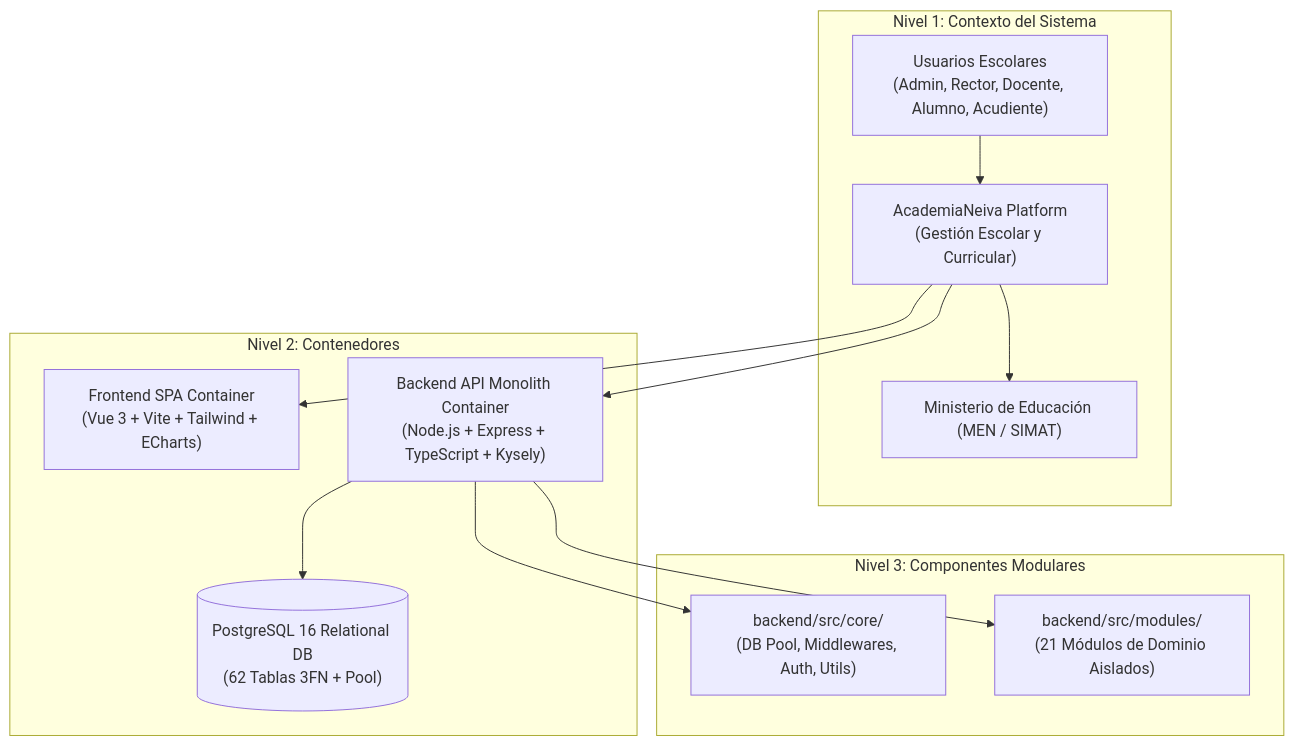
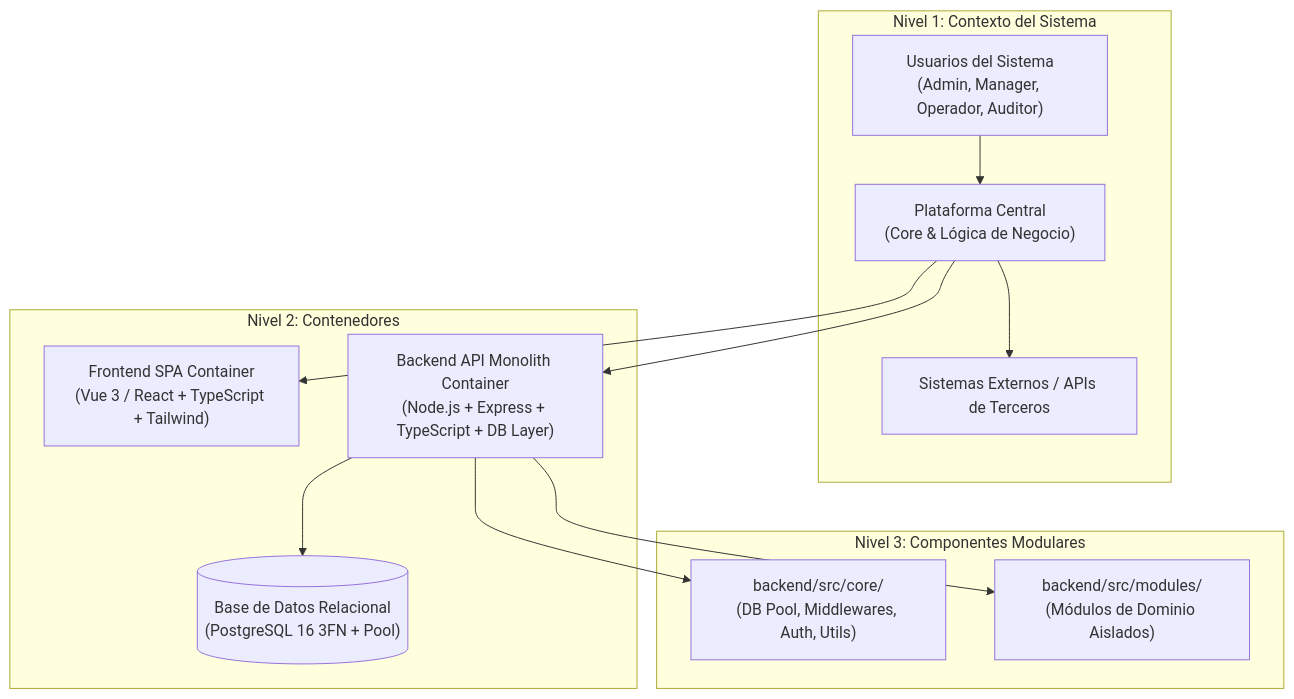
Before and after one commit to DanExl24/multiagent-sdlc-starter: the diagram in multiAgents/02_software_architect/subroles/01_system_modular_topologist.md, drawn with Mermaid. The commit also changed other lines of this file and 35 other files, not shown here.

````diff
--- a/multiAgents/02_software_architect/subroles/01_system_modular_topologist.md
+++ b/multiAgents/02_software_architect/subroles/01_system_modular_topologist.md
@@ -28,18 +28,18 @@
 ```mermaid
 graph TD
     subgraph "Nivel 1: Contexto del Sistema"
-        U["Usuarios Escolares<br/>(Admin, Rector, Docente, Alumno, Acudiente)"] --> APP["AcademiaNeiva Platform<br/>(Gestión Escolar y Curricular)"]
-        APP --> MEN["Ministerio de Educación (MEN / SIMAT)"]
+        U["Usuarios del Sistema<br/>(Admin, Manager, Operador, Auditor)"] --> APP["Plataforma Central<br/>(Core & Lógica de Negocio)"]
+        APP --> EXT["Sistemas Externos / APIs de Terceros"]
     end
 
     subgraph "Nivel 2: Contenedores"
-        APP --> FE["Frontend SPA Container<br/>(Vue 3 + Vite + Tailwind + ECharts)"]
-        APP --> BE["Backend API Monolith Container<br/>(Node.js + Express + TypeScript + Kysely)"]
-        BE --> DB[("PostgreSQL 16 Relational DB<br/>(62 Tablas 3FN + Pool)")]
+        APP --> FE["Frontend SPA Container<br/>(Vue 3 / React + TypeScript + Tailwind)"]
+        APP --> BE["Backend API Monolith Container<br/>(Node.js + Express + TypeScript + DB Layer)"]
+        BE --> DB[("Base de Datos Relacional<br/>(PostgreSQL 16 3FN + Pool)")]
     end
 
     subgraph "Nivel 3: Componentes Modulares"
         BE --> CORE["backend/src/core/<br/>(DB Pool, Middlewares, Auth, Utils)"]
-        BE --> MODS["backend/src/modules/<br/>(21 Módulos de Dominio Aislados)"]
+        BE --> MODS["backend/src/modules/<br/>(Módulos de Dominio Aislados)"]
     end
 ```
````
